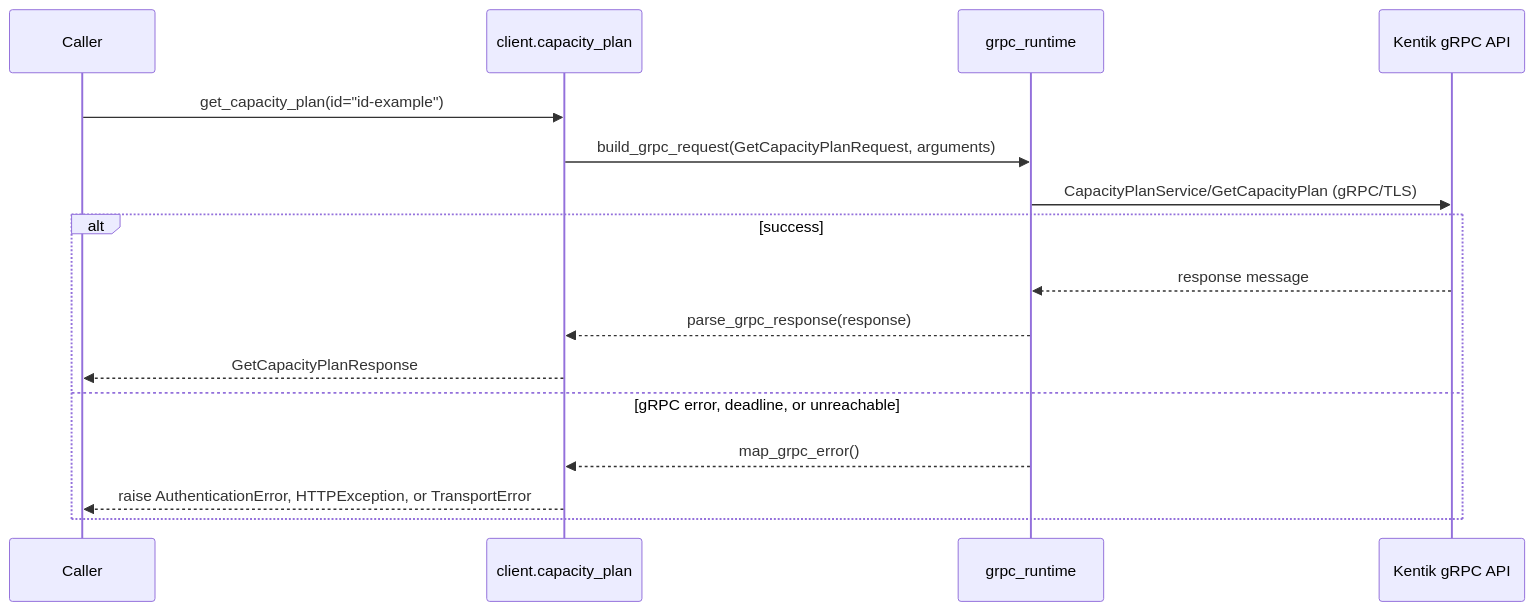
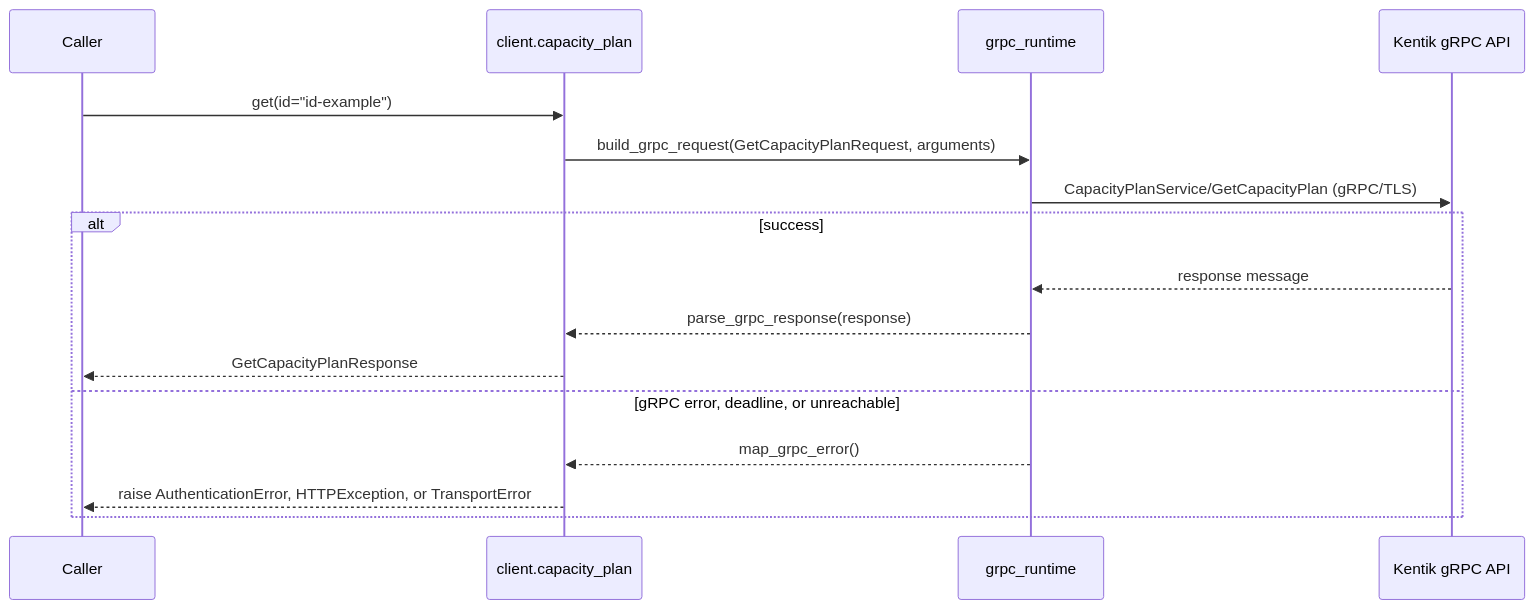
The seventh of 10 diagrams in docs/sphinx/services/capacity_plan.md (alexdearaujo/community_sdk_python), drawn with Mermaid before and after one commit. The commit also changed other lines of this file and 119 other files, not shown here.

````diff
--- a/docs/sphinx/services/capacity_plan.md
+++ b/docs/sphinx/services/capacity_plan.md
@@ -195,19 +195,19 @@
 ```mermaid
 sequenceDiagram
     participant C as Caller
     participant W as client.capacity_plan
     participant R as grpc_runtime
     participant API as Kentik gRPC API
 
-    C->>W: get_capacity_plan(id="id-example")
+    C->>W: get(id="id-example")
     W->>R: build_grpc_request(GetCapacityPlanRequest, arguments)
     R->>API: CapacityPlanService/GetCapacityPlan (gRPC/TLS)
     alt success
         API-->>R: response message
         R-->>W: parse_grpc_response(response)
         W-->>C: GetCapacityPlanResponse
     else gRPC error, deadline, or unreachable
         R-->>W: map_grpc_error()
         W-->>C: raise AuthenticationError, HTTPException, or TransportError
     end
 ```
````
